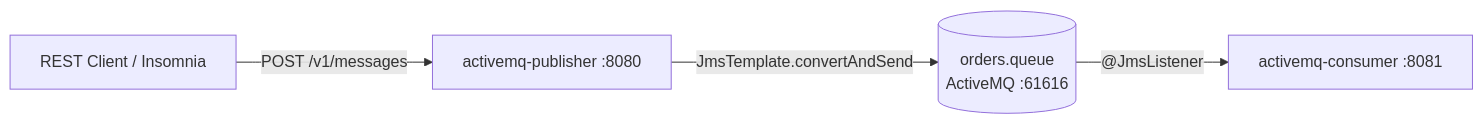
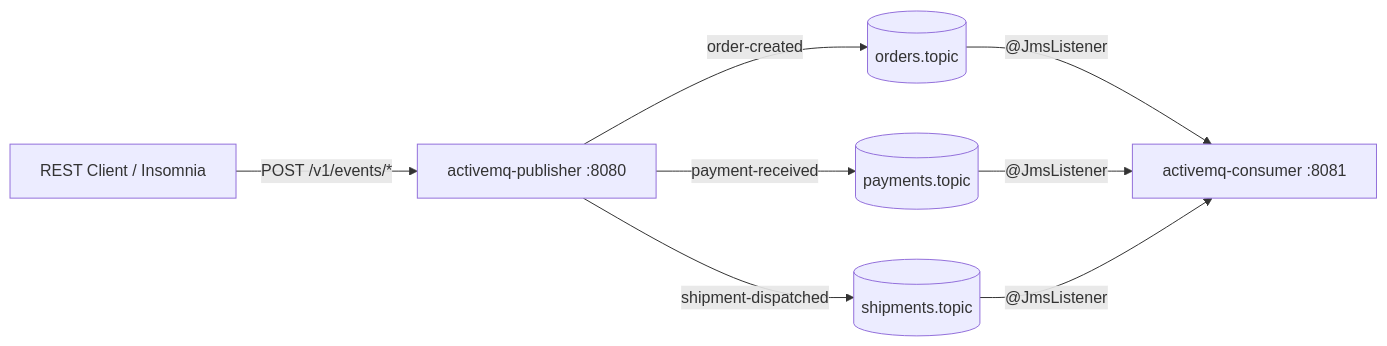
One commit to himnay/learning-activemq changed the diagram in README.md. Above: the diagram before and after it, drawn with Mermaid. The commit also changed other lines of this file and 27 other files, not shown here.

First line of the commit message:
feat: event-driven redesign — 3 typed events on 3 JMS topics

````diff
--- a/README.md
+++ b/README.md
@@ -7,6 +7,10 @@
 ```mermaid
 flowchart LR
-    client[REST Client / Insomnia] -->|POST /v1/messages| pub[activemq-publisher :8080]
-    pub -->|JmsTemplate.convertAndSend| q[(orders.queue<br/>ActiveMQ :61616)]
-    q -->|"@JmsListener"| con[activemq-consumer :8081]
+    client[REST Client / Insomnia] -->|"POST /v1/events/*"| pub[activemq-publisher :8080]
+    pub -->|order-created| t1[(orders.topic)]
+    pub -->|payment-received| t2[(payments.topic)]
+    pub -->|shipment-dispatched| t3[(shipments.topic)]
+    t1 -->|"@JmsListener"| con[activemq-consumer :8081]
+    t2 -->|"@JmsListener"| con
+    t3 -->|"@JmsListener"| con
 ```
````
